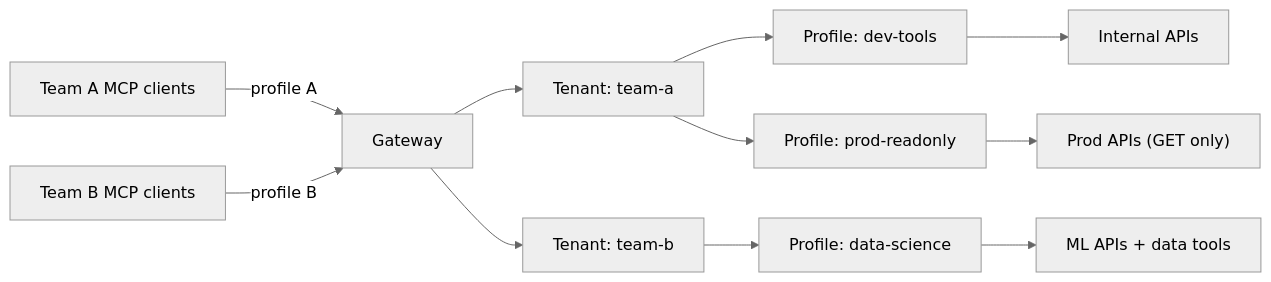
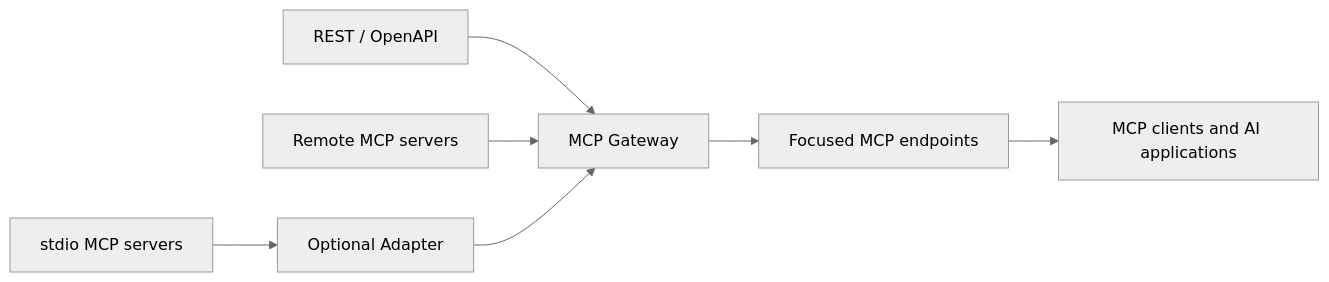
Before and after one commit to unrelated-ai/mcp-gateway: the diagram in README.md, drawn with Mermaid (neutral theme). The commit also changed other lines of this file and 26 other files, not shown here.

````diff
--- a/README.md
+++ b/README.md
@@ -134,16 +33,9 @@
 ```mermaid
 flowchart LR
-  TeamA["Team A MCP clients"] -->|"profile A"| Gateway["Gateway"]
-  TeamB["Team B MCP clients"] -->|"profile B"| Gateway
-
-  Gateway --> TenantA["Tenant: team-a"]
-  Gateway --> TenantB["Tenant: team-b"]
-
-  TenantA --> ProfileDev["Profile: dev-tools"]
-  TenantA --> ProfileProd["Profile: prod-readonly"]
-  TenantB --> ProfileDS["Profile: data-science"]
-
-  ProfileDev --> InternalApis["Internal APIs"]
-  ProfileProd --> ProdApis["Prod APIs (GET only)"]
-  ProfileDS --> MlApis["ML APIs + data tools"]
+  APIs["REST / OpenAPI"] --> Gateway["MCP Gateway"]
+  Remote["Remote MCP servers"] --> Gateway
+  Stdio["stdio MCP servers"] --> Adapter["Optional Adapter"]
+  Adapter --> Gateway
+  Gateway --> Profiles["Focused MCP endpoints"]
+  Profiles --> Clients["MCP clients and AI applications"]
 ```
````
